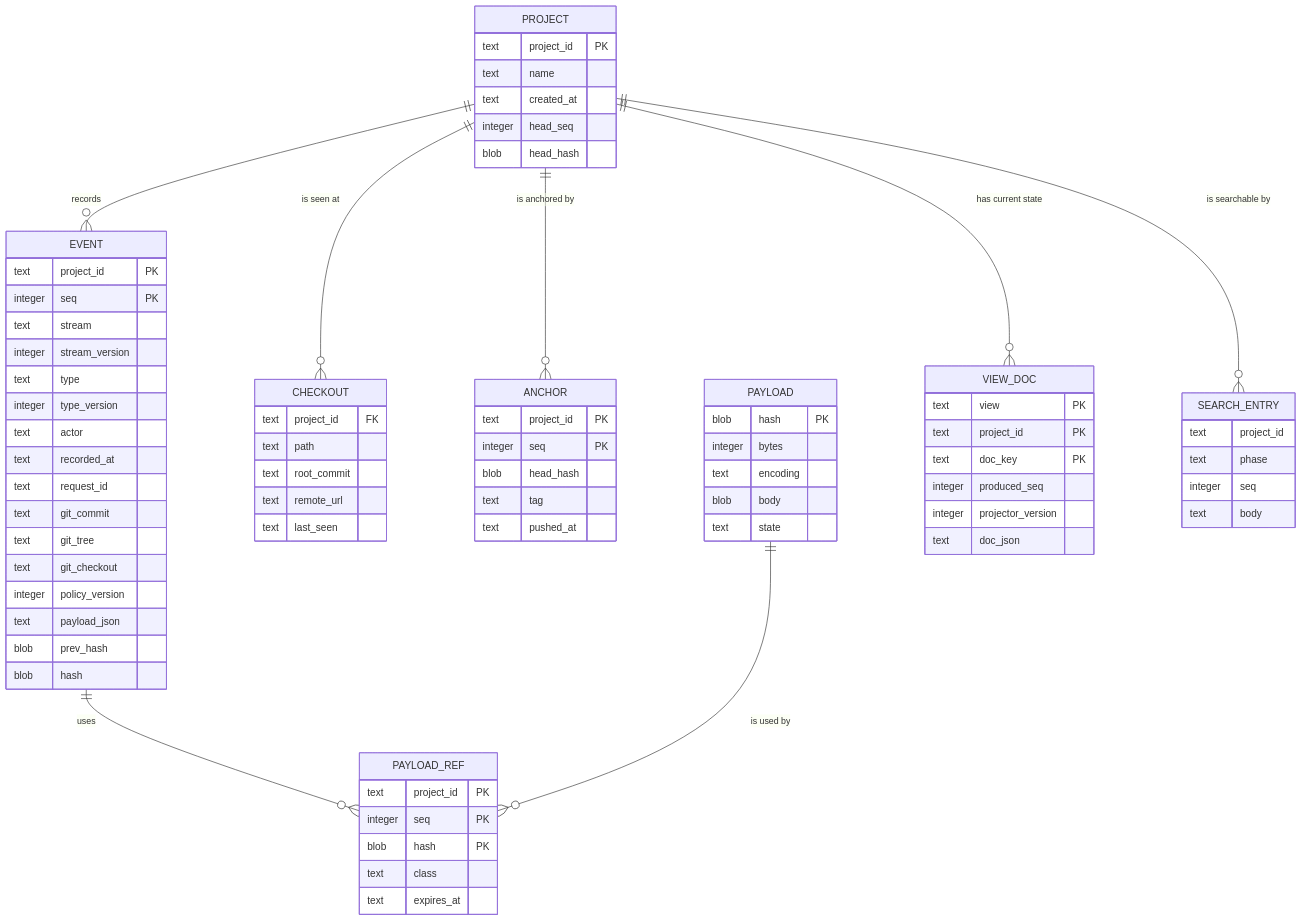
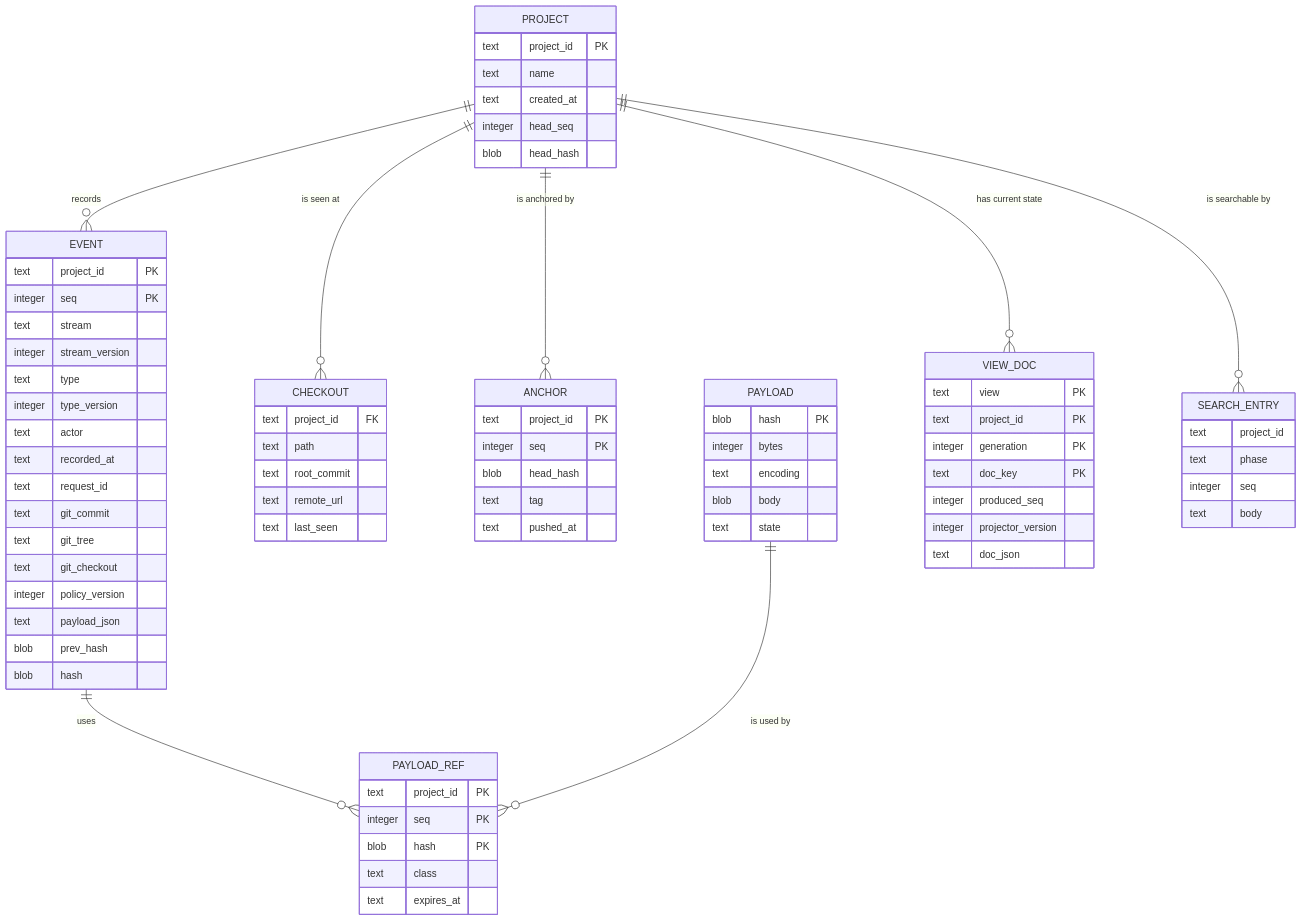
Before and after one commit to crenshawdev/baley: the eighth of 10 diagrams in docs/design/0001-evidence-ledger.md, drawn with Mermaid. The commit also changed other lines of this file and 14 other files, not shown here.

````diff
--- a/docs/design/0001-evidence-ledger.md
+++ b/docs/design/0001-evidence-ledger.md
@@ -531,77 +531,78 @@
 ```mermaid
 erDiagram
   PROJECT ||--o{ EVENT : "records"
   PROJECT ||--o{ CHECKOUT : "is seen at"
   PROJECT ||--o{ ANCHOR : "is anchored by"
   EVENT ||--o{ PAYLOAD_REF : "uses"
   PAYLOAD ||--o{ PAYLOAD_REF : "is used by"
   PROJECT ||--o{ VIEW_DOC : "has current state"
   PROJECT ||--o{ SEARCH_ENTRY : "is searchable by"
   PROJECT {
     text project_id PK
     text name
     text created_at
     integer head_seq
     blob head_hash
   }
   CHECKOUT {
     text project_id FK
     text path
     text root_commit
     text remote_url
     text last_seen
   }
   ANCHOR {
     text project_id PK
     integer seq PK
     blob head_hash
     text tag
     text pushed_at
   }
   EVENT {
     text project_id PK
     integer seq PK
     text stream
     integer stream_version
     text type
     integer type_version
     text actor
     text recorded_at
     text request_id
     text git_commit
     text git_tree
     text git_checkout
     integer policy_version
     text payload_json
     blob prev_hash
     blob hash
   }
   PAYLOAD {
     blob hash PK
     integer bytes
     text encoding
     blob body
     text state
   }
   PAYLOAD_REF {
     text project_id PK
     integer seq PK
     blob hash PK
     text class
     text expires_at
   }
   VIEW_DOC {
     text view PK
     text project_id PK
+    integer generation PK
     text doc_key PK
     integer produced_seq
     integer projector_version
     text doc_json
   }
   SEARCH_ENTRY {
     text project_id
     text phase
     integer seq
     text body
   }
 ```
````
